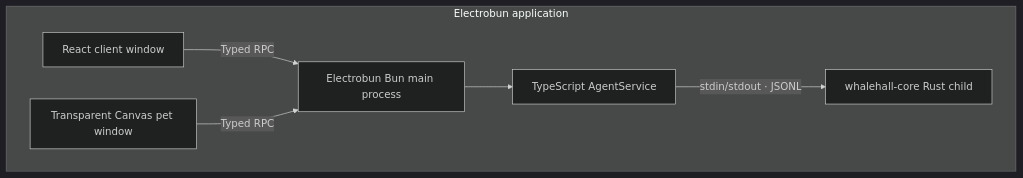
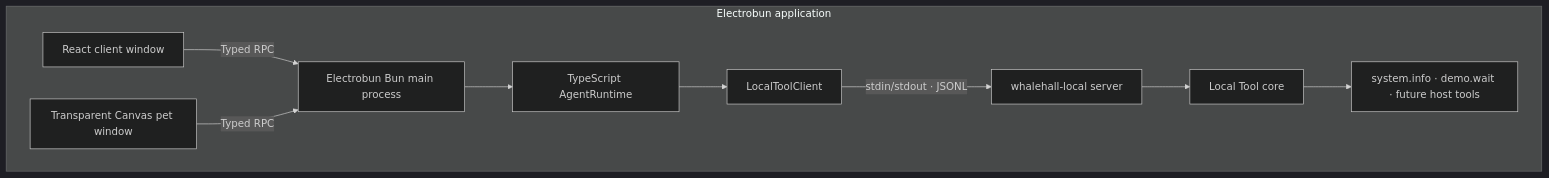
One commit to Sea-Go/Sea-WhaleHall changed the diagram in README.md. Above: the diagram before and after it, drawn with Mermaid (dark theme). The commit also changed other lines of this file and 43 other files, not shown here.

First line of the commit message:
refactor: separate local tools into Rust workspace

````diff
--- a/README.md
+++ b/README.md
@@ -9,9 +11,12 @@
 ```mermaid
 flowchart TB
   subgraph App["Electrobun application"]
     Client["React client window"] -->|"Typed RPC"| Bun["Electrobun Bun main process"]
     Pet["Transparent Canvas pet window"] -->|"Typed RPC"| Bun
-    Bun --> Agent["TypeScript AgentService"]
-    Agent -->|"stdin/stdout · JSONL"| Rust["whalehall-core Rust child"]
+    Bun --> Agent["TypeScript AgentRuntime"]
+    Agent --> LocalClient["LocalToolClient"]
+    LocalClient -->|"stdin/stdout · JSONL"| Server["whalehall-local server"]
+    Server --> Core["Local Tool core"]
+    Core --> Tools["system.info · demo.wait · future host tools"]
   end
 ```
````
